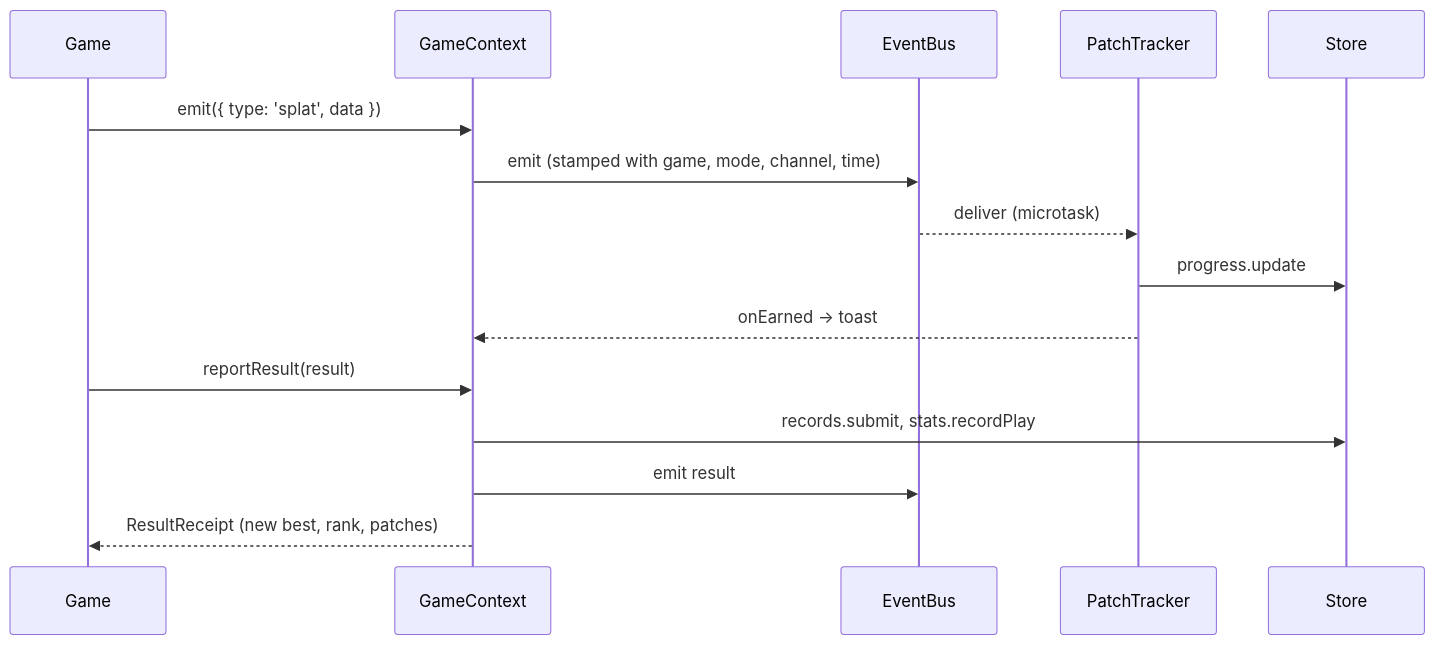
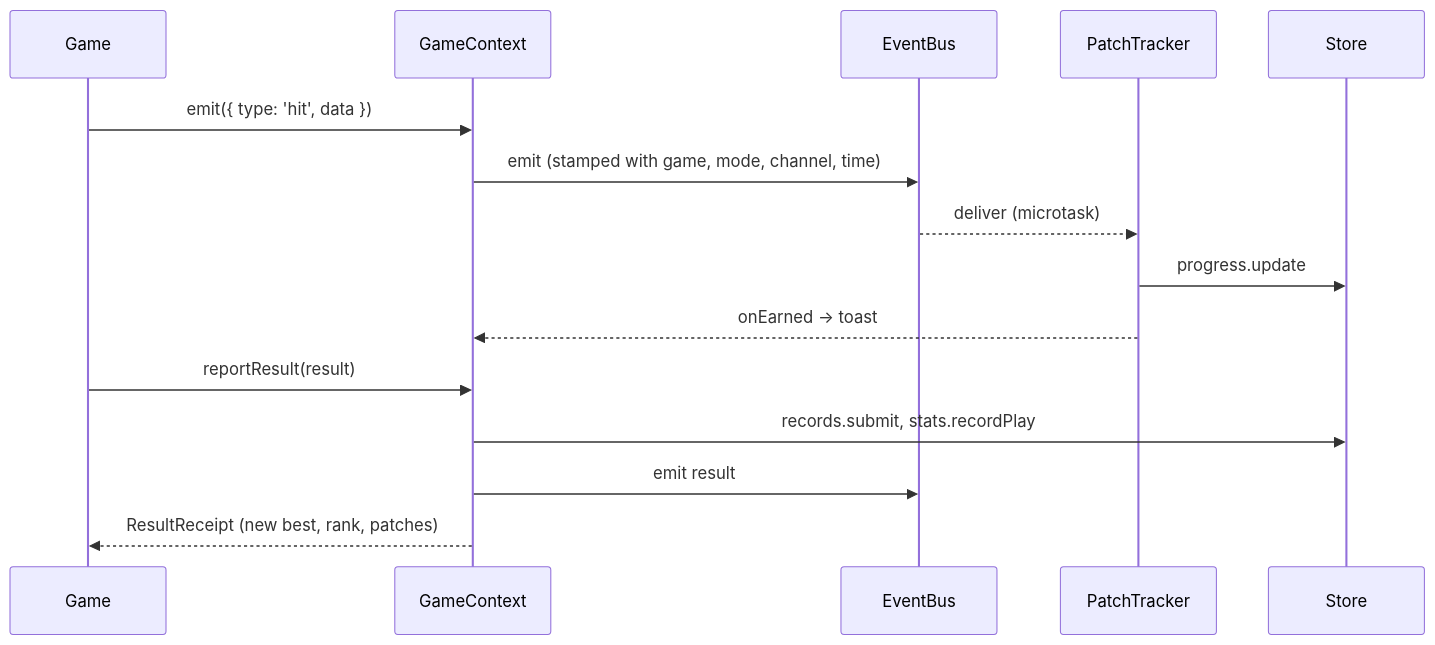
The third of 3 diagrams in docs/ARCHITECTURE.md (agunawijaya/woodgrain-88), drawn with Mermaid before and after one commit. The commit also changed other lines of this file and 91 other files, not shown here.

````diff
--- a/docs/ARCHITECTURE.md
+++ b/docs/ARCHITECTURE.md
@@ -97,17 +99,17 @@
 ```mermaid
 sequenceDiagram
     participant G as Game
     participant C as GameContext
     participant B as EventBus
     participant P as PatchTracker
     participant S as Store
-    G->>C: emit({ type: 'splat', data })
+    G->>C: emit({ type: 'hit', data })
     C->>B: emit (stamped with game, mode, channel, time)
     B-->>P: deliver (microtask)
     P->>S: progress.update
     P-->>C: onEarned → toast
     G->>C: reportResult(result)
     C->>S: records.submit, stats.recordPlay
     C->>B: emit result
     C-->>G: ResultReceipt (new best, rank, patches)
 ```
````
